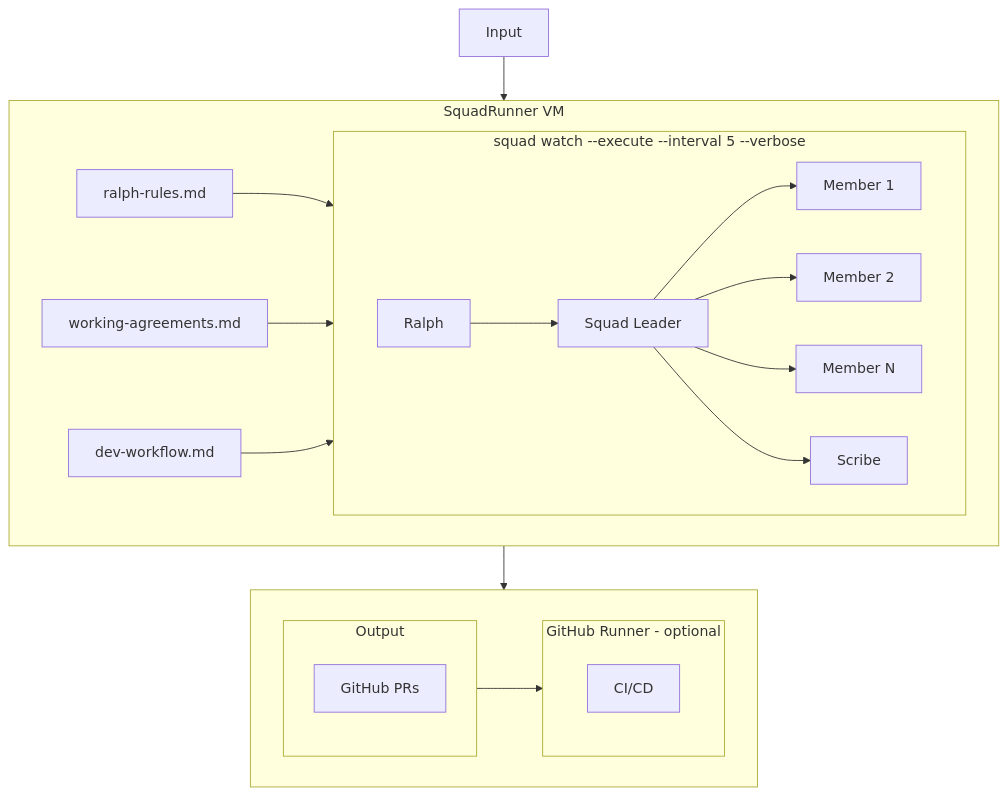
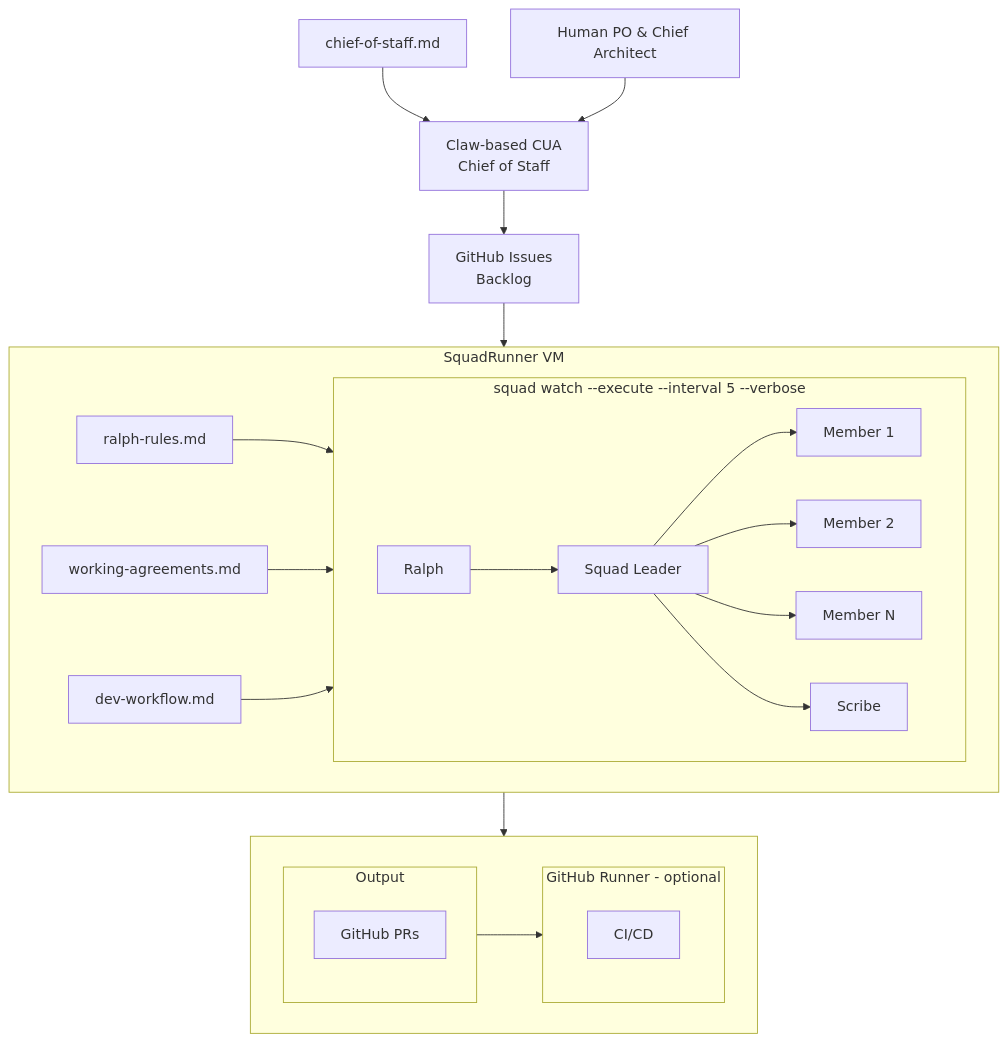
The diagram in README.md (TheeUnderdog/SquadRunner), drawn with Mermaid before and after one commit. The commit also changed other lines of this file, not shown here.

Commit message:
Add Input section: Skill and Human feed CUA, CUA feeds GitHub

````diff
--- a/README.md
+++ b/README.md
@@ -9,32 +9,35 @@
 ```mermaid
 flowchart TD
+    COS[chief-of-staff.md] --> CUA
+    H[Human PO & Chief Architect] --> CUA[Claw-based CUA<br/>Chief of Staff]
+    CUA --> GH[GitHub Issues<br/>Backlog]
     
-    Input --> VM
+    GH --> VM
     
     subgraph VM[SquadRunner VM]
         RR[ralph-rules.md] --> SW
         WA[working-agreements.md] --> SW
         DW[dev-workflow.md] --> SW
         subgraph SW[squad watch --execute --interval 5 --verbose]
             direction LR
             R[Ralph] --> SL[Squad Leader]
             SL --> M1[Member 1]
             SL --> M2[Member 2]
             SL --> MN[Member N]
             SL --> SC[Scribe]
         end
     end
     
     VM --> Bottom
     
     subgraph Bottom[ ]
         direction LR
         subgraph Output
             PR[GitHub PRs]
         end
         Output --> Runner
         subgraph Runner[GitHub Runner - optional]
             CI[CI/CD]
         end
     end
 ```
````
